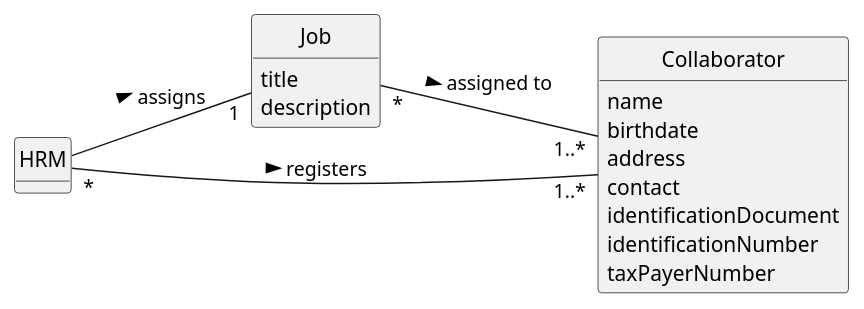
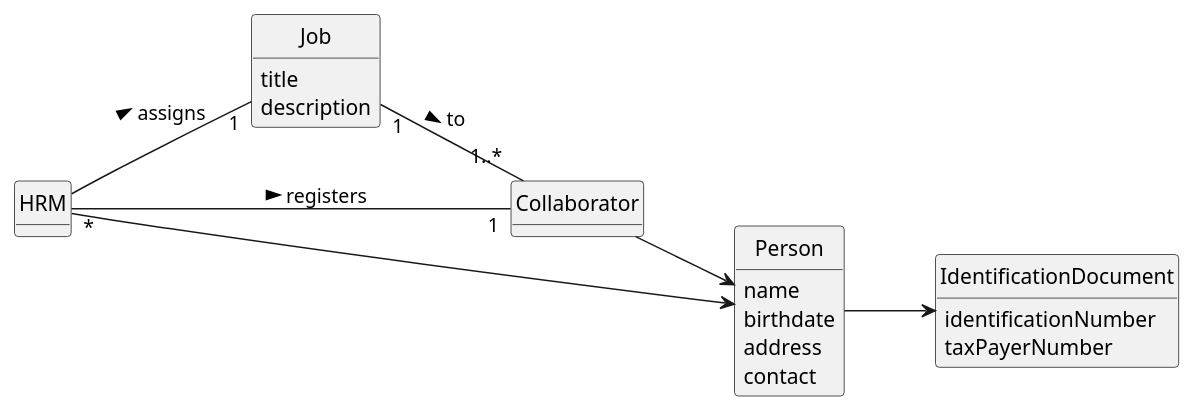
One commit to ricardomm7/leaflink changed the diagram in docs/sprintA/us003/02.analysis/puml/us003-domain-model.puml. Above: the diagram before and after it, drawn with PlantUML. The commit also changed 19 other files, not shown here.

```diff
--- a/docs/sprintA/us003/02.analysis/puml/us003-domain-model.puml
+++ b/docs/sprintA/us003/02.analysis/puml/us003-domain-model.puml
@@ -1,37 +1,47 @@
 @startuml
 skinparam monochrome true
 skinparam packageStyle rectangle
 skinparam shadowing false
 
 left to right direction
 
 skinparam classAttributeIconSize 0
 
 hide circle
 hide methods
 
 
 class HRM {
 }
 
 class Job {
     title
     description
 }
 
 class Collaborator {
+
+}
+
+class Person {
     name
     birthdate
     address
     contact
-    identificationDocument
-    identificationNumber
-    taxPayerNumber
+
+}
+
+class IdentificationDocument{
+  identificationNumber
+  taxPayerNumber
 }
 
 ' Relationships
-HRM "*" -- "1..*" Collaborator : registers >
+HRM  -->  Person
+Collaborator  -->  Person
+Person  -->  IdentificationDocument
+HRM "*" -- "1" Collaborator : registers >
 HRM -- "1" Job : assigns >
-Job "*" -- "1..*" Collaborator : assigned to >
+Job "1" -- "1..*" Collaborator : to >
 
 @enduml
```
